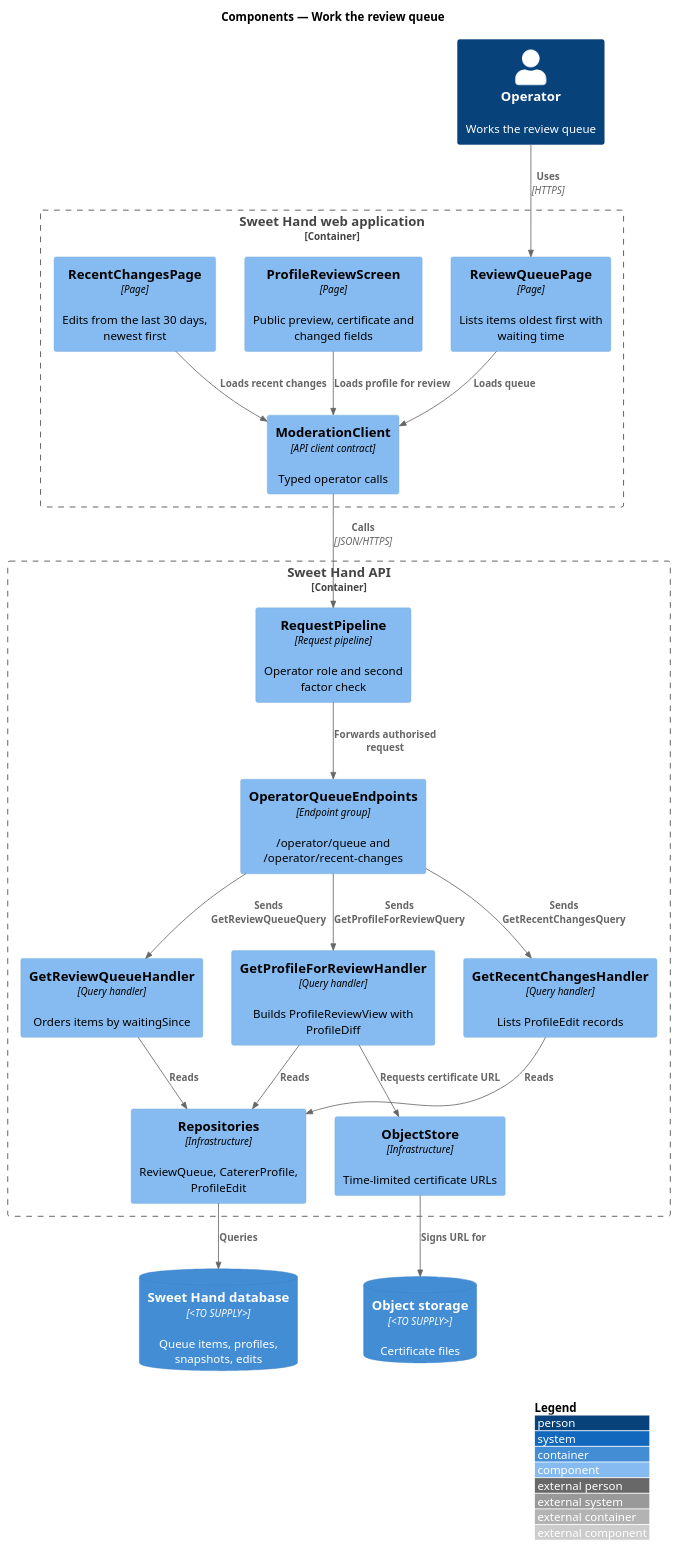
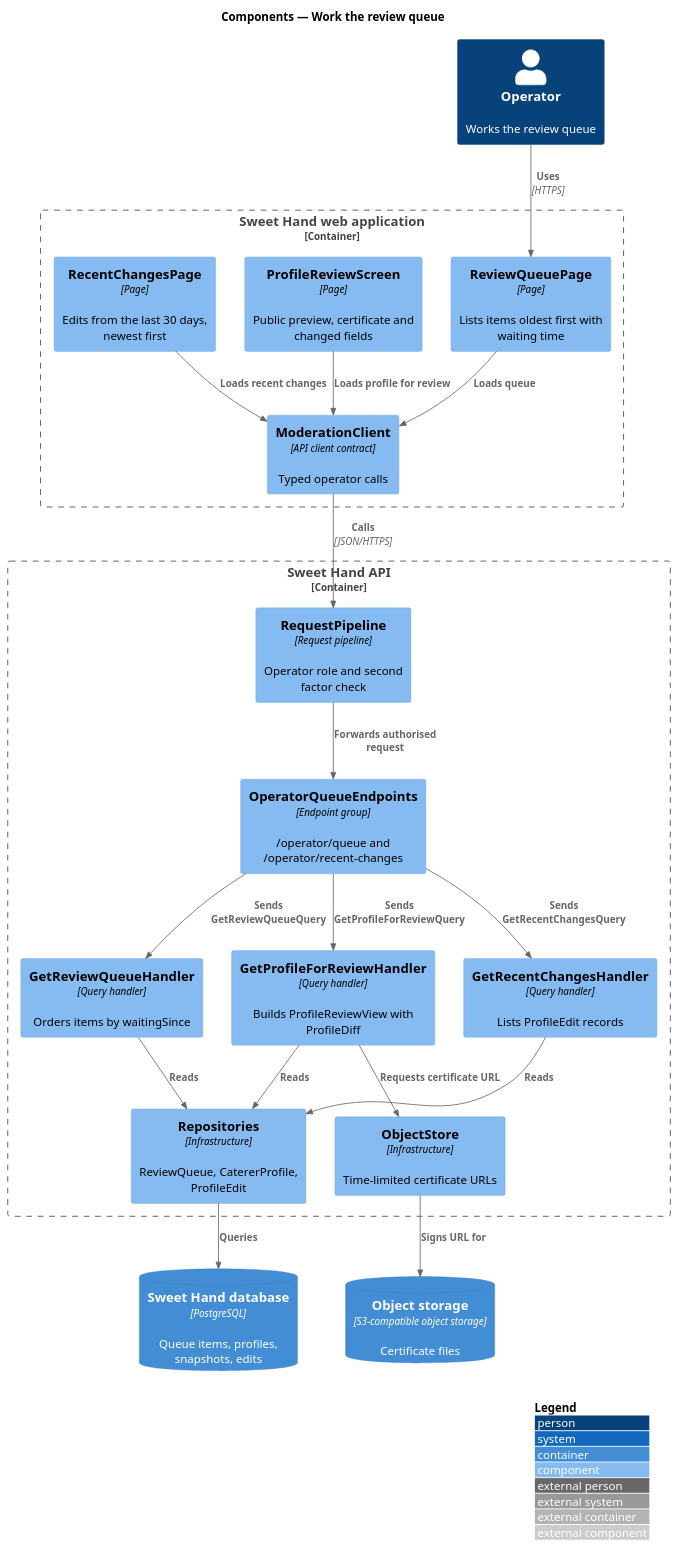
One commit to QuinntyneBrown/sweet-hand changed the diagram in docs/detailed-designs/moderation/work-review-queue/diagrams/c4-component.puml. Above: the diagram before and after it, drawn with PlantUML. The commit also changed 44 other files, not shown here.

```diff
--- a/docs/detailed-designs/moderation/work-review-queue/diagrams/c4-component.puml
+++ b/docs/detailed-designs/moderation/work-review-queue/diagrams/c4-component.puml
@@ -1,40 +1,40 @@
 @startuml
 !include <C4/C4_Component>
 LAYOUT_WITH_LEGEND()
 title Components — Work the review queue
 
 Person(operator, "Operator", "Works the review queue")
 Container_Boundary(web, "Sweet Hand web application") {
   Component(queuePage, "ReviewQueuePage", "Page", "Lists items oldest first with waiting time")
   Component(reviewScreen, "ProfileReviewScreen", "Page", "Public preview, certificate and changed fields")
   Component(feedPage, "RecentChangesPage", "Page", "Edits from the last 30 days, newest first")
   Component(client, "ModerationClient", "API client contract", "Typed operator calls")
 }
 Container_Boundary(api, "Sweet Hand API") {
   Component(pipeline, "RequestPipeline", "Request pipeline", "Operator role and second factor check")
   Component(endpoints, "OperatorQueueEndpoints", "Endpoint group", "/operator/queue and /operator/recent-changes")
   Component(qHandler, "GetReviewQueueHandler", "Query handler", "Orders items by waitingSince")
   Component(pHandler, "GetProfileForReviewHandler", "Query handler", "Builds ProfileReviewView with ProfileDiff")
   Component(fHandler, "GetRecentChangesHandler", "Query handler", "Lists ProfileEdit records")
   Component(repos, "Repositories", "Infrastructure", "ReviewQueue, CatererProfile, ProfileEdit")
   Component(objStore, "ObjectStore", "Infrastructure", "Time-limited certificate URLs")
 }
-ContainerDb(db, "Sweet Hand database", "<TO SUPPLY>", "Queue items, profiles, snapshots, edits")
-ContainerDb(storage, "Object storage", "<TO SUPPLY>", "Certificate files")
+ContainerDb(db, "Sweet Hand database", "PostgreSQL", "Queue items, profiles, snapshots, edits")
+ContainerDb(storage, "Object storage", "S3-compatible object storage", "Certificate files")
 
 Rel(operator, queuePage, "Uses", "HTTPS")
 Rel(queuePage, client, "Loads queue")
 Rel(reviewScreen, client, "Loads profile for review")
 Rel(feedPage, client, "Loads recent changes")
 Rel(client, pipeline, "Calls", "JSON/HTTPS")
 Rel(pipeline, endpoints, "Forwards authorised request")
 Rel(endpoints, qHandler, "Sends GetReviewQueueQuery")
 Rel(endpoints, pHandler, "Sends GetProfileForReviewQuery")
 Rel(endpoints, fHandler, "Sends GetRecentChangesQuery")
 Rel(qHandler, repos, "Reads")
 Rel(pHandler, repos, "Reads")
 Rel(fHandler, repos, "Reads")
 Rel(pHandler, objStore, "Requests certificate URL")
 Rel(repos, db, "Queries")
 Rel(objStore, storage, "Signs URL for")
 @enduml
```
